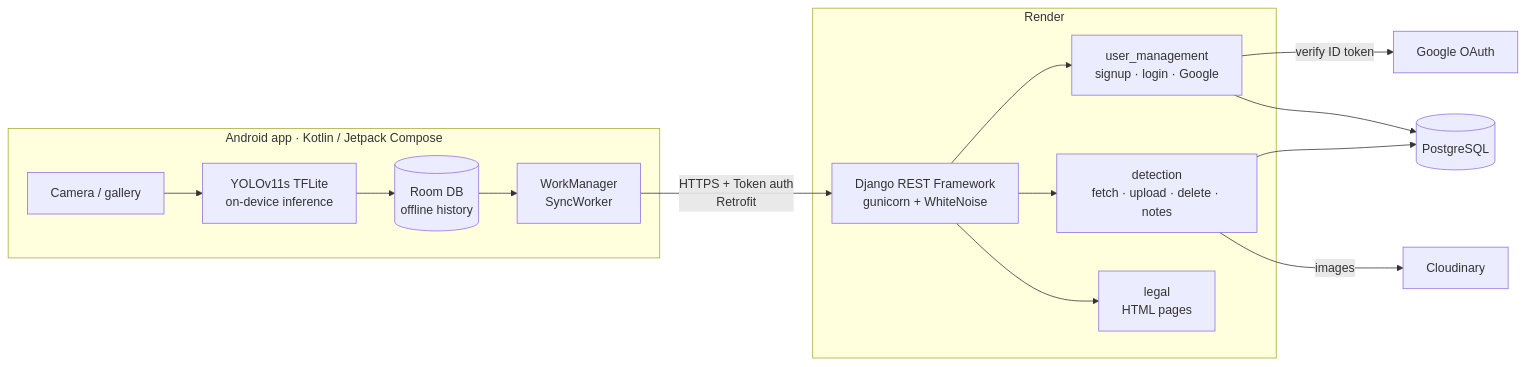
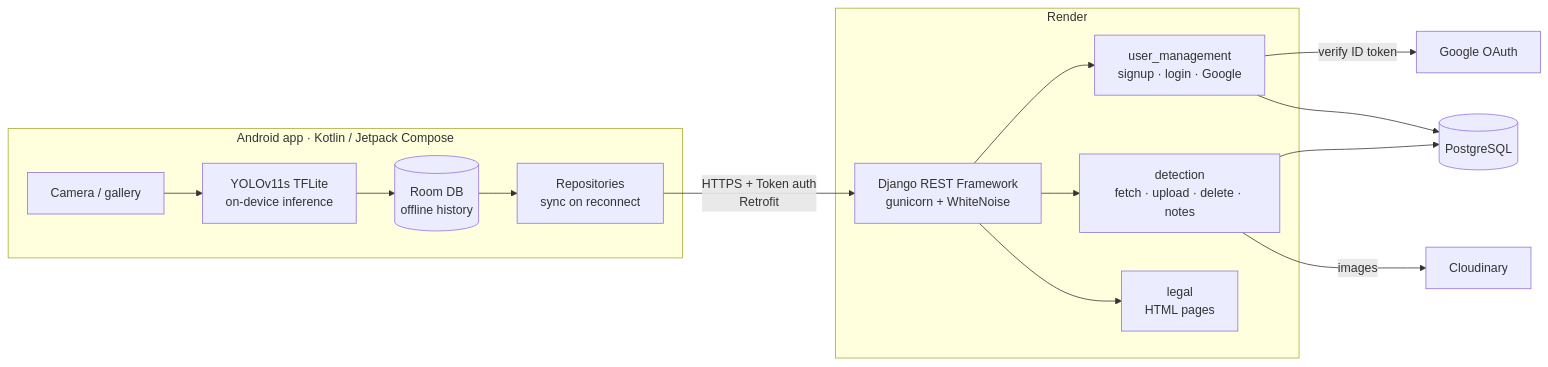
One commit to MehdiBedja/pest-detection-api changed the first of 3 diagrams in README.md. Above: the diagram before and after it, drawn with Mermaid.

Commit message:
README: correct the client sync component in the architecture diagram

````diff
--- a/README.md
+++ b/README.md
@@ -24,22 +24,22 @@
 ```mermaid
 flowchart LR
     subgraph Phone[Android app · Kotlin / Jetpack Compose]
         Cam[Camera / gallery] --> TFL[YOLOv11s TFLite<br/>on-device inference]
         TFL --> Room[(Room DB<br/>offline history)]
-        Room --> Worker[WorkManager<br/>SyncWorker]
+        Room --> Worker[Repositories<br/>sync on reconnect]
     end
 
     Worker -- "HTTPS + Token auth<br/>Retrofit" --> API
 
     subgraph Render[Render]
         API[Django REST Framework<br/>gunicorn + WhiteNoise]
         API --> UM[user_management<br/>signup · login · Google]
         API --> DET[detection<br/>fetch · upload · delete · notes]
         API --> LEG[legal<br/>HTML pages]
     end
 
     UM -- verify ID token --> Google[Google OAuth]
     DET --> PG[(PostgreSQL)]
     UM --> PG
     DET -- images --> CDN[Cloudinary]
 ```
````
